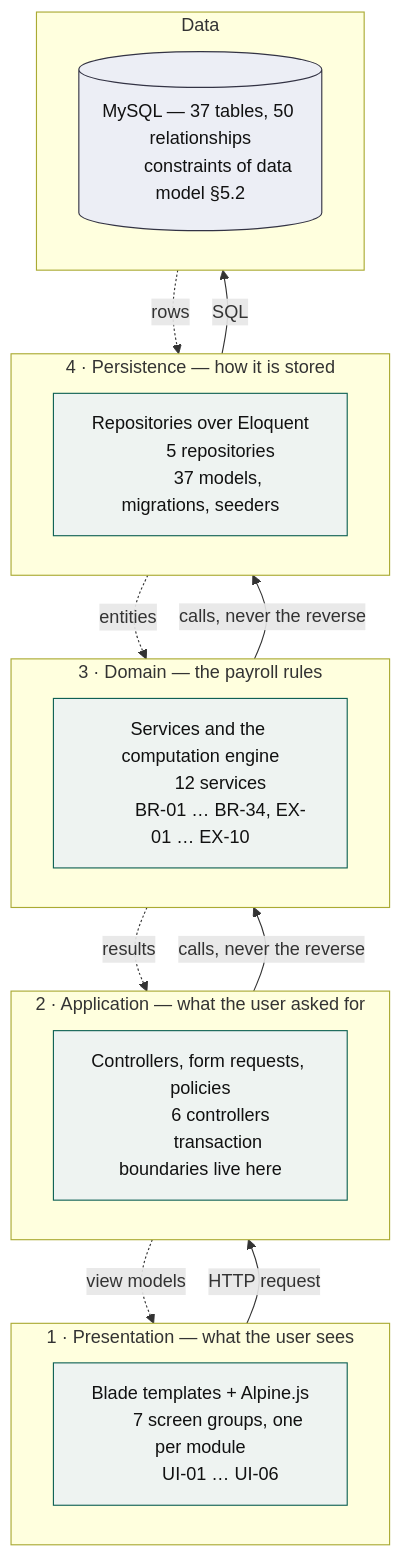
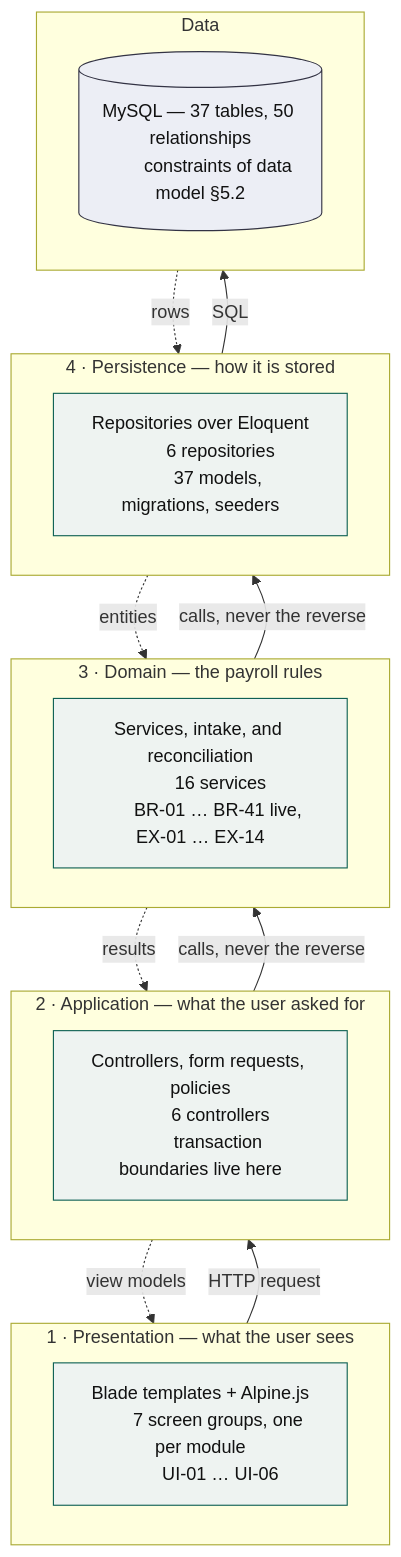
Before and after one commit to rjfat/municipal-payroll-system: the second of 6 diagrams in docs/system-architecture.md, drawn with Mermaid. The commit also changed other lines of this file and 9 other files, not shown here.

````diff
--- a/docs/system-architecture.md
+++ b/docs/system-architecture.md
@@ -180,41 +185,41 @@
 ```mermaid
 flowchart TB
     subgraph L1["1 · Presentation — what the user sees"]
         P["Blade templates + Alpine.js
         7 screen groups, one per module
         UI-01 … UI-06"]
     end
     subgraph L2["2 · Application — what the user asked for"]
         A["Controllers, form requests, policies
         6 controllers
         transaction boundaries live here"]
     end
     subgraph L3["3 · Domain — the payroll rules"]
-        D["Services and the computation engine
-        12 services
-        BR-01 … BR-34, EX-01 … EX-10"]
+        D["Services, intake, and reconciliation
+        16 services
+        BR-01 … BR-41 live, EX-01 … EX-14"]
     end
     subgraph L4["4 · Persistence — how it is stored"]
         R["Repositories over Eloquent
-        5 repositories
+        6 repositories
         37 models, migrations, seeders"]
     end
     subgraph L5["Data"]
         DBX[("MySQL — 37 tables, 50 relationships
         constraints of data model §5.2")]
     end
 
     L1 -->|"HTTP request"| L2
     L2 -->|"calls, never the reverse"| L3
     L3 -->|"calls, never the reverse"| L4
     L4 -->|"SQL"| L5
     L5 -.->|"rows"| L4
     L4 -.->|"entities"| L3
     L3 -.->|"results"| L2
     L2 -.->|"view models"| L1
 
     classDef l fill:#eef3f1,stroke:#0F6154,stroke-width:1px,color:#111;
     classDef d fill:#eceef5,stroke:#334,stroke-width:1px,color:#111;
     class P,A,D,R l;
     class DBX d;
 ```
````
